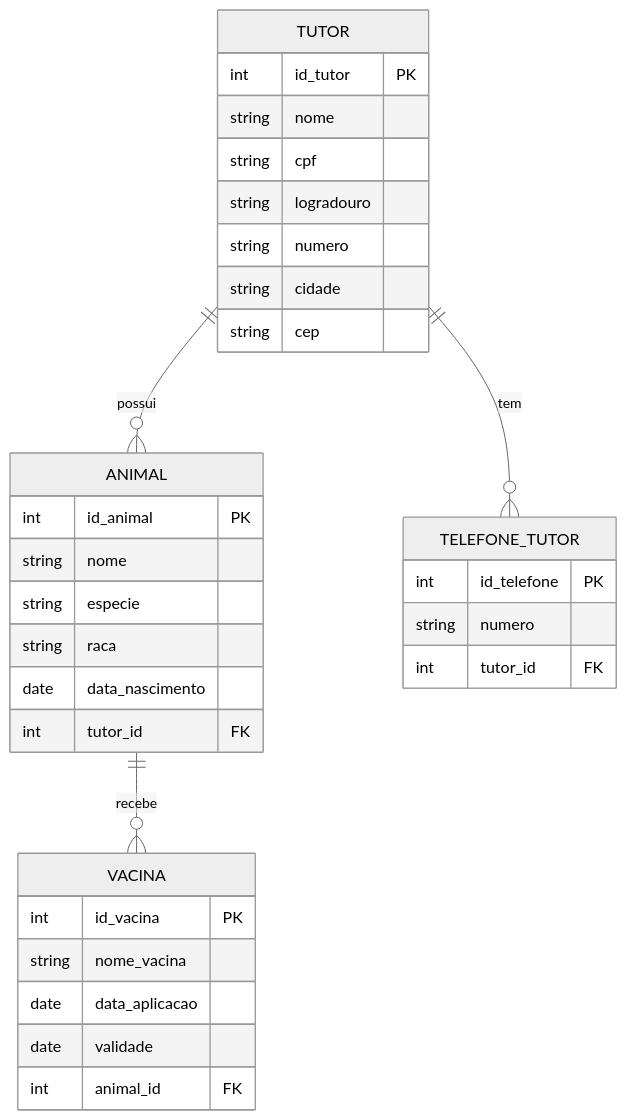
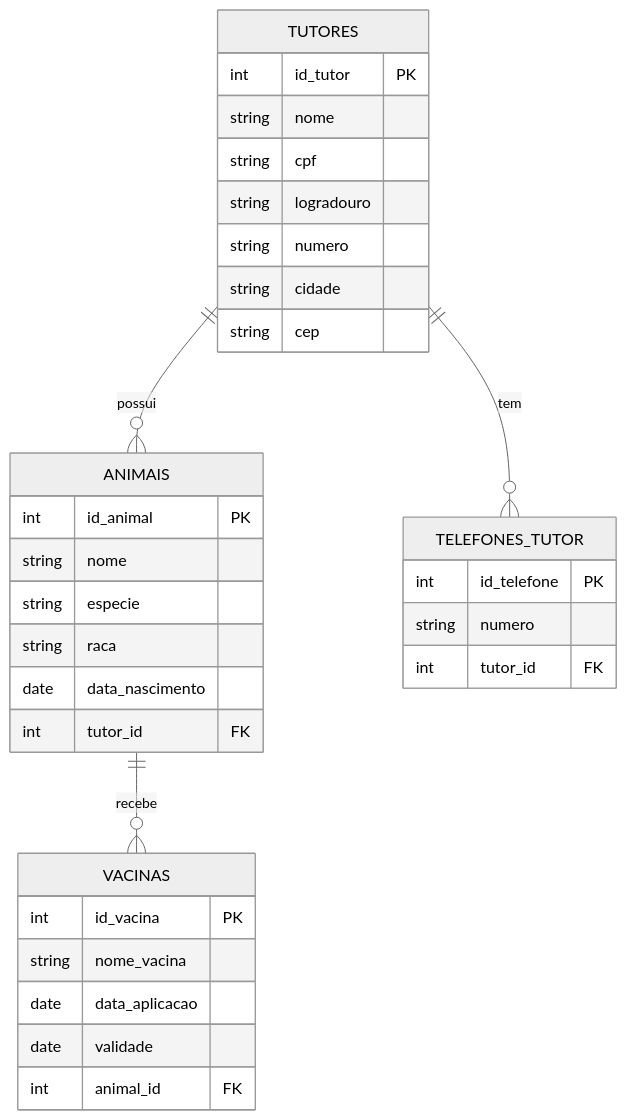
Before and after one commit to GTI-Fatec-Jahu/BDA-GTI-2026-2: the third of 7 diagrams in docs/aulas/Aula_02_Gabarito.md, drawn with Mermaid (neutral theme). The commit also changed other lines of this file and 5 other files, not shown here.

````diff
--- a/docs/aulas/Aula_02_Gabarito.md
+++ b/docs/aulas/Aula_02_Gabarito.md
@@ -111,36 +111,36 @@
 ```mermaid
 erDiagram
-    TUTOR {
+    TUTORES {
         int id_tutor PK
         string nome
         string cpf
         string logradouro
         string numero
         string cidade
         string cep
     }
-    ANIMAL {
+    ANIMAIS {
         int id_animal PK
         string nome
         string especie
         string raca
         date data_nascimento
         int tutor_id FK
     }
-    VACINA {
+    VACINAS {
         int id_vacina PK
         string nome_vacina
         date data_aplicacao
         date validade
         int animal_id FK
     }
-    TELEFONE_TUTOR {
+    TELEFONES_TUTOR {
         int id_telefone PK
         string numero
         int tutor_id FK
     }
 
-    TUTOR ||--o{ ANIMAL : "possui"
-    ANIMAL ||--o{ VACINA : "recebe"
-    TUTOR ||--o{ TELEFONE_TUTOR : "tem"
+    TUTORES ||--o{ ANIMAIS : "possui"
+    ANIMAIS ||--o{ VACINAS : "recebe"
+    TUTORES ||--o{ TELEFONES_TUTOR : "tem"
 ```
````
